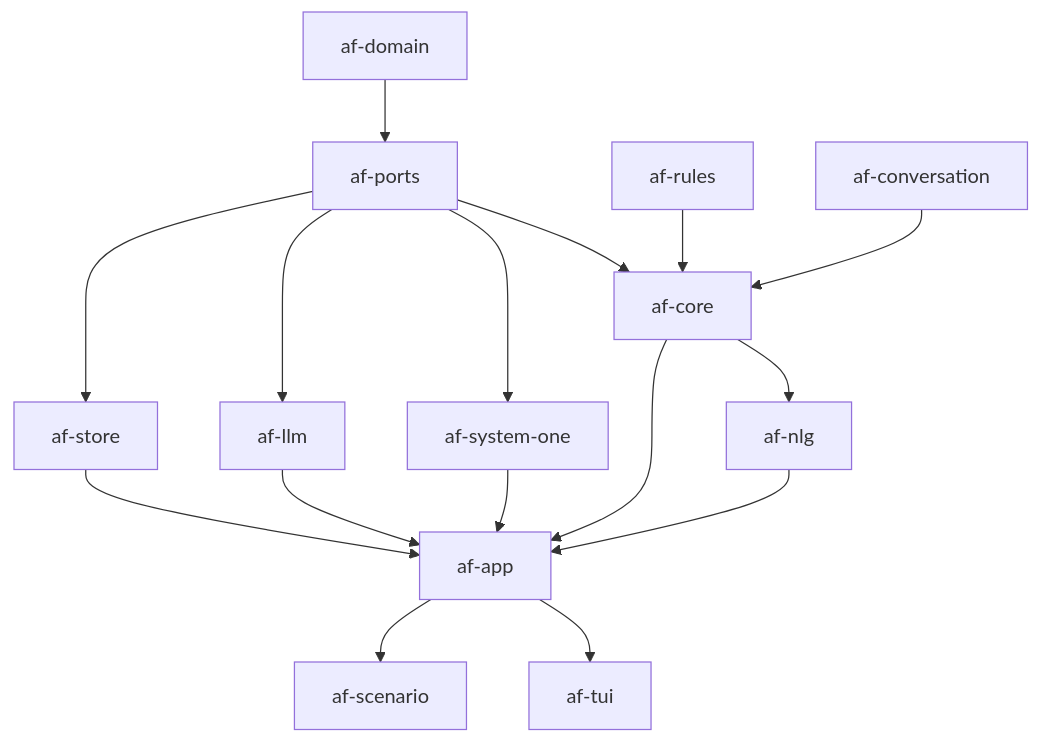
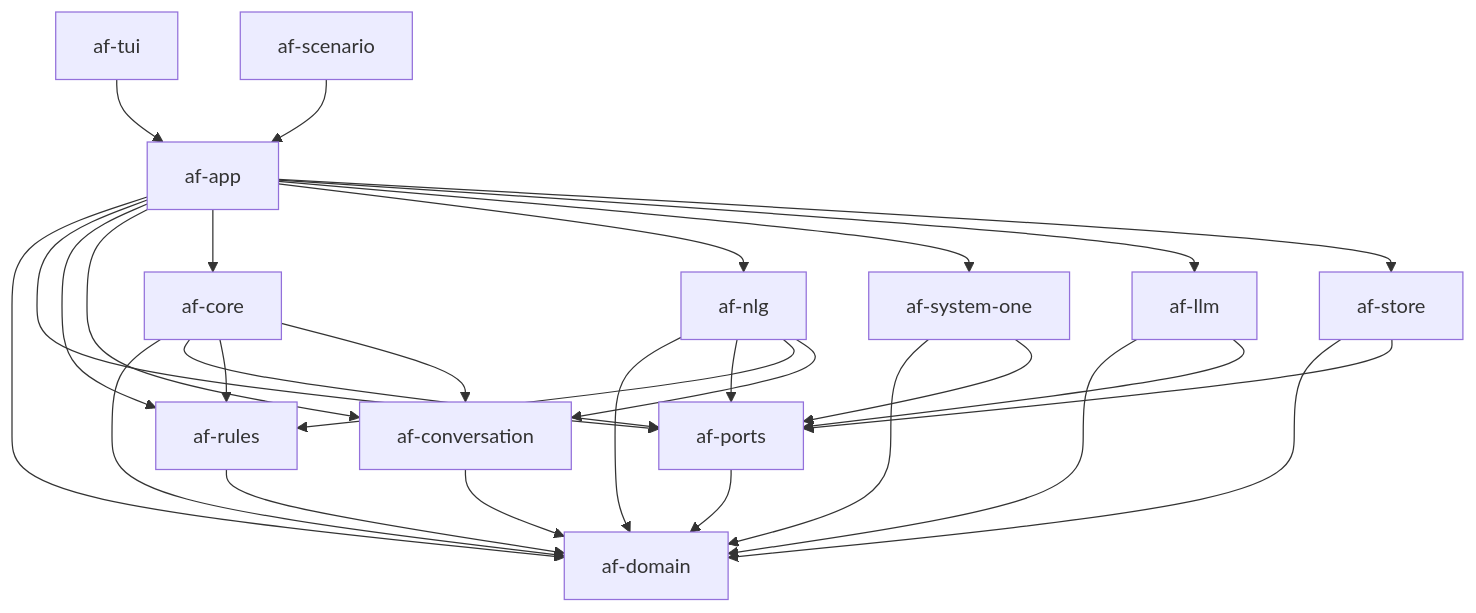
The third of 5 diagrams in docs/architecture/overview.md (frederico-kluser/ai-fantasy), drawn with Mermaid before and after one commit. The commit also changed other lines of this file and 115 other files, not shown here.

Commit message:
docs(plan): finalize roadmap and multi-agent execution prompts (#7)

````diff
--- a/docs/architecture/overview.md
+++ b/docs/architecture/overview.md
@@ -104,31 +117,44 @@
 ```mermaid
 flowchart TD
     DOM[af-domain]
     PORTS[af-ports]
     RULES[af-rules]
     CONV[af-conversation]
     CORE[af-core]
     NLG[af-nlg]
     SO[af-system-one]
     LLM[af-llm]
     STORE[af-store]
     APP[af-app]
     TUI[af-tui]
     SCEN[af-scenario]
 
-    DOM --> PORTS
-    PORTS --> CORE
-    RULES --> CORE
-    CONV --> CORE
-    CORE --> NLG
-    PORTS --> SO
-    PORTS --> LLM
-    PORTS --> STORE
-    CORE --> APP
-    NLG --> APP
-    SO --> APP
-    LLM --> APP
-    STORE --> APP
-    APP --> TUI
-    APP --> SCEN
+    PORTS --> DOM
+    RULES --> DOM
+    CONV --> DOM
+    CORE --> DOM
+    CORE --> PORTS
+    CORE --> RULES
+    CORE --> CONV
+    NLG --> DOM
+    NLG --> PORTS
+    NLG --> RULES
+    NLG --> CONV
+    SO --> DOM
+    SO --> PORTS
+    LLM --> DOM
+    LLM --> PORTS
+    STORE --> DOM
+    STORE --> PORTS
+    APP --> DOM
+    APP --> PORTS
+    APP --> RULES
+    APP --> CONV
+    APP --> CORE
+    APP --> NLG
+    APP --> SO
+    APP --> LLM
+    APP --> STORE
+    TUI --> APP
+    SCEN --> APP
 ```
````
